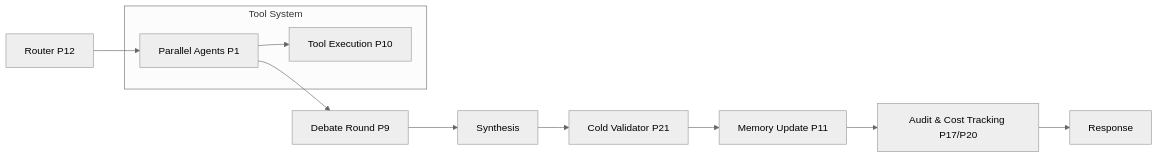
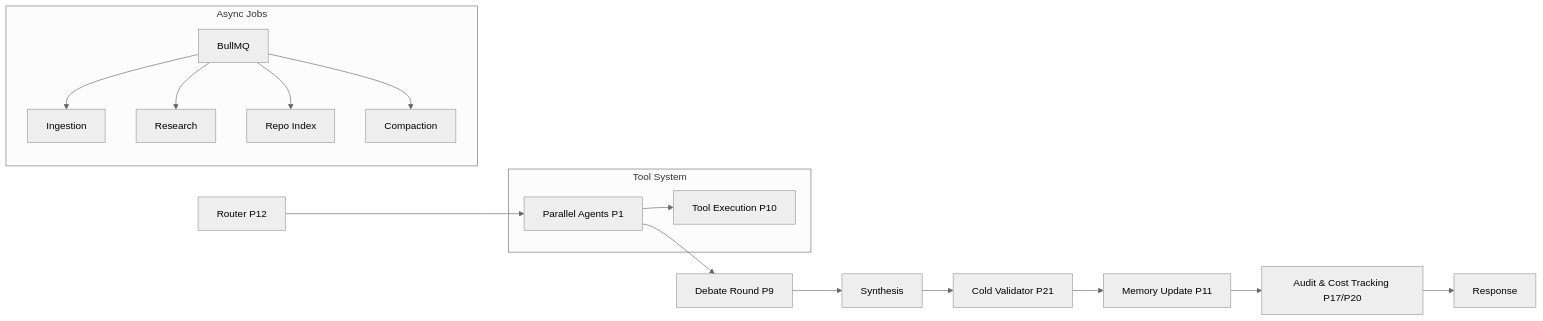
Before and after one commit to Yash-Awasthi/Judica: the diagram in ROADMAP.md, drawn with Mermaid (neutral theme). The commit also changed other lines of this file, not shown here.

First line of the commit message:
docs: update ROADMAP.md — mark all 22 phases + 12 tiers as completed

````diff
--- a/ROADMAP.md
+++ b/ROADMAP.md
@@ -19,14 +34,21 @@
 ```mermaid
 flowchart LR
     A[Router P12] --> B[Parallel Agents P1]
     B --> C[Debate Round P9]
     C --> D[Synthesis]
     D --> E[Cold Validator P21]
     E --> F[Memory Update P11]
     F --> G[Audit & Cost Tracking P17/P20]
     G --> H[Response]
-    
+
     subgraph "Tool System"
         B --> Tools[Tool Execution P10]
     end
+
+    subgraph "Async Jobs"
+        I[BullMQ] --> J[Ingestion]
+        I --> K[Research]
+        I --> L[Repo Index]
+        I --> M[Compaction]
+    end
 ```
````
